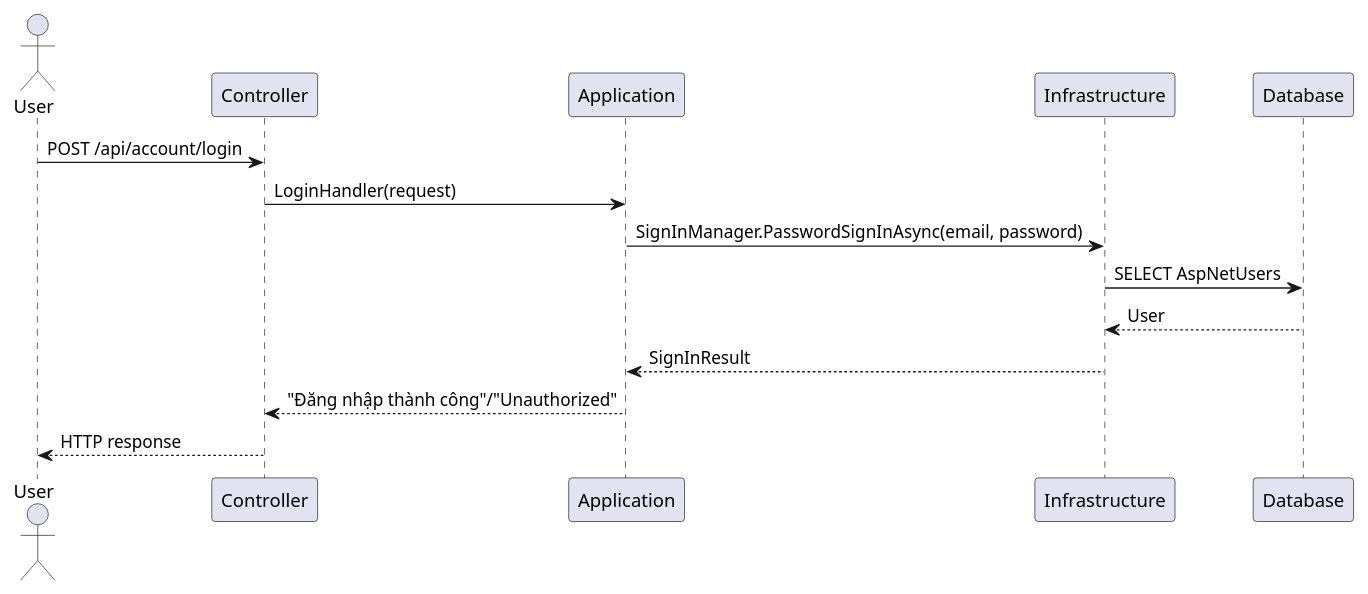
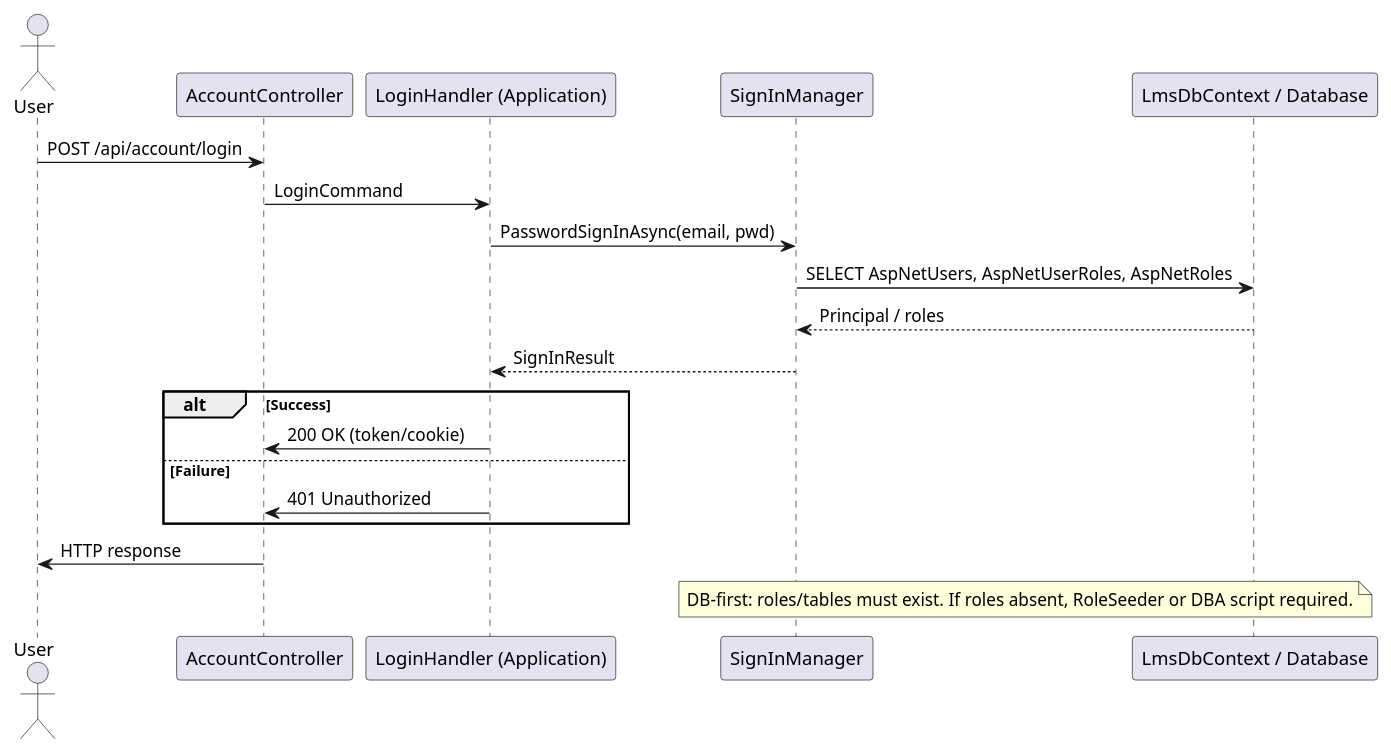
One commit to SokKimThanh/LmsMini changed the third of 5 diagrams in LmsMini.Api/docs/identity/Identity_Step_by_Step.md. Above: the diagram before and after it, drawn with PlantUML. The commit also changed other lines of this file and 1 other file, not shown here.

````diff
--- a/LmsMini.Api/docs/identity/Identity_Step_by_Step.md
+++ b/LmsMini.Api/docs/identity/Identity_Step_by_Step.md
@@ -322,13 +278,26 @@
 ```plantuml
 @startuml
 actor User
+participant Controller as "AccountController"
+participant App as "LoginHandler (Application)"
+participant SM as "SignInManager"
+participant DB as "LmsDbContext / Database"
+
 User -> Controller : POST /api/account/login
-Controller -> Application : LoginHandler(request)
-Application -> Infrastructure : SignInManager.PasswordSignInAsync(email, password)
-Infrastructure -> Database : SELECT AspNetUsers
-Database --> Infrastructure : User
-Infrastructure --> Application : SignInResult
-Application --> Controller : "Đăng nhập thành công"/"Unauthorized"
-Controller --> User : HTTP response
+Controller -> App : LoginCommand
+App -> SM : PasswordSignInAsync(email, pwd)
+SM -> DB : SELECT AspNetUsers, AspNetUserRoles, AspNetRoles
+DB --> SM : Principal / roles
+SM --> App : SignInResult
+alt Success
+  App -> Controller : 200 OK (token/cookie)
+else Failure
+  App -> Controller : 401 Unauthorized
+end
+Controller -> User : HTTP response
+
+note over SM,DB
+  DB-first: roles/tables must exist. If roles absent, RoleSeeder or DBA script required.
+end note
 @enduml
 ```
````
